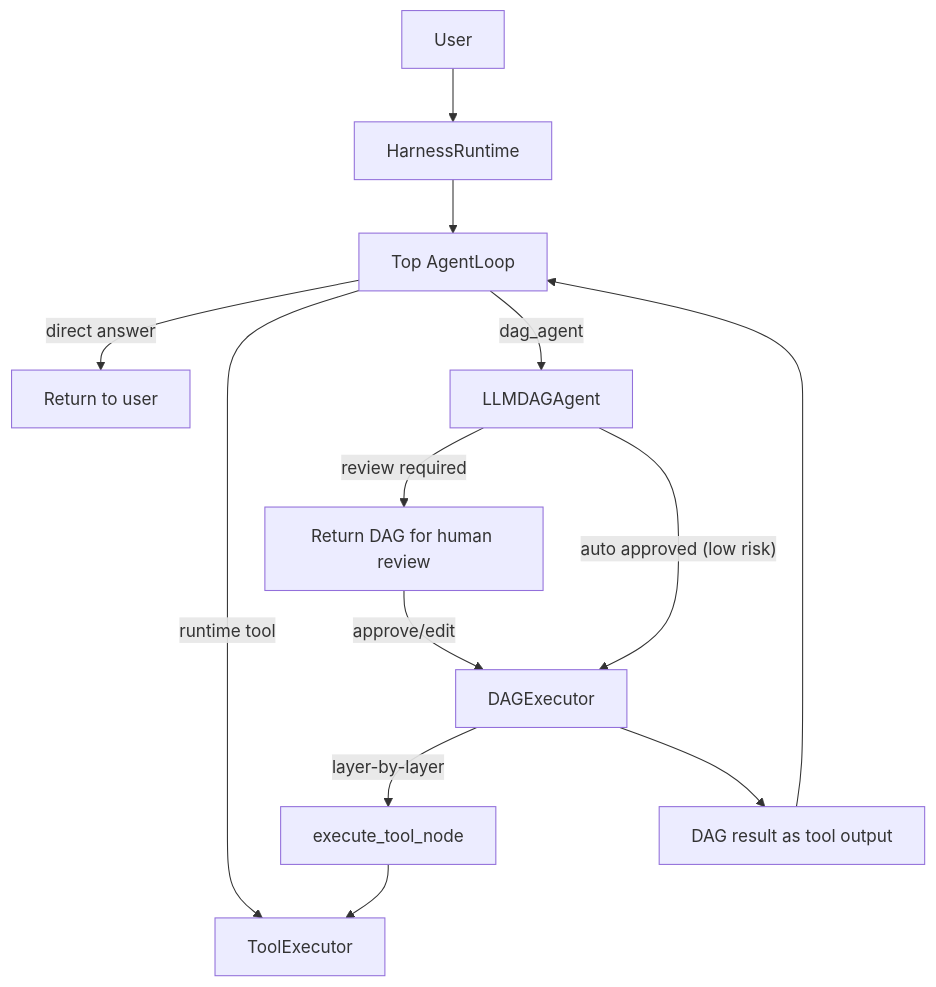
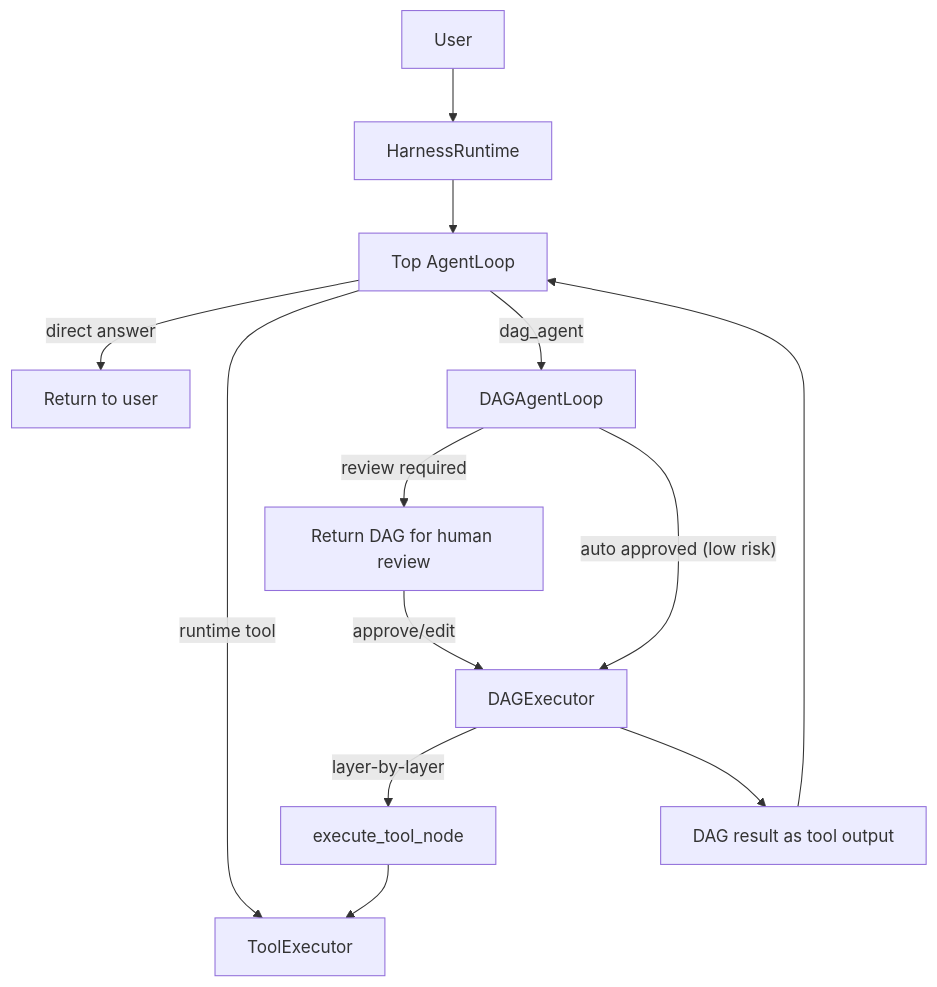
One commit to RobotSe7en/dagent changed the diagram in HANDOFF.md. Above: the diagram before and after it, drawn with Mermaid. The commit also changed other lines of this file and 12 other files, not shown here.

Commit message:
change dag_agent to dag agent loop

````diff
--- a/HANDOFF.md
+++ b/HANDOFF.md
@@ -79,20 +79,20 @@
 ```mermaid
 flowchart TD
   U["User"] --> R["HarnessRuntime"]
   R --> A["Top AgentLoop"]
 
   A -->|"direct answer"| O["Return to user"]
   A -->|"runtime tool"| T["ToolExecutor"]
-  A -->|"dag_agent"| D["LLMDAGAgent"]
+  A -->|"dag_agent"| D["DAGAgentLoop"]
 
   D -->|"review required"| UI["Return DAG for human review"]
   D -->|"auto approved (low risk)"| E["DAGExecutor"]
 
   UI -->|"approve/edit"| E
 
   E -->|"layer-by-layer"| N["execute_tool_node"]
   N --> T
 
   E --> DR["DAG result as tool output"]
   DR --> A
 ```
````
